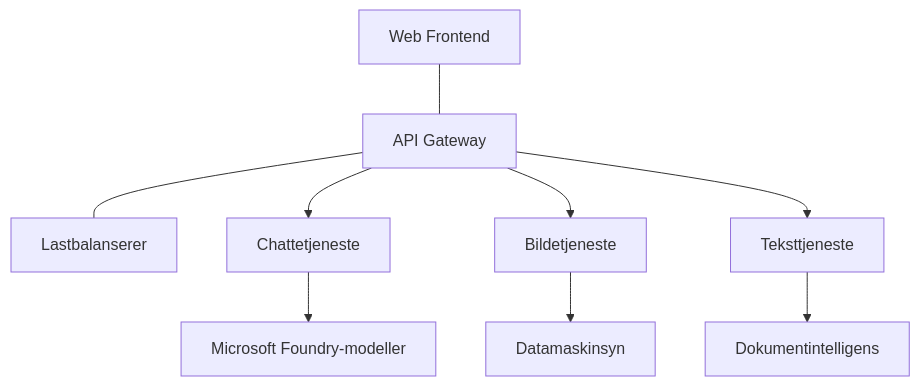
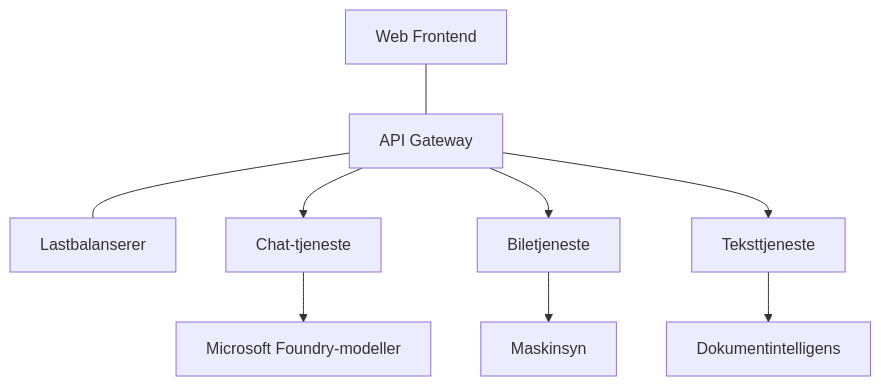
Before and after one commit to microsoft/AZD-for-beginners: the diagram in translations/no/docs/chapter-08-production/production-ai-practices.md, drawn with Mermaid. The commit also changed other lines of this file and 104 other files, not shown here.

````diff
--- a/translations/no/docs/chapter-08-production/production-ai-practices.md
+++ b/translations/no/docs/chapter-08-production/production-ai-practices.md
@@ -30,10 +30,10 @@
 ```mermaid
 graph TD
     Frontend[Web Frontend] --- Gateway[API Gateway] --- LB[Lastbalanserer]
-    Gateway --> Chat[Chattetjeneste]
-    Gateway --> Image[Bildetjeneste]
+    Gateway --> Chat[Chat-tjeneste]
+    Gateway --> Image[Biletjeneste]
     Gateway --> Text[Teksttjeneste]
     Chat --> OpenAI[Microsoft Foundry-modeller]
-    Image --> Vision[Datamaskinsyn]
+    Image --> Vision[Maskinsyn]
     Text --> DocIntel[Dokumentintelligens]
 ```
````
